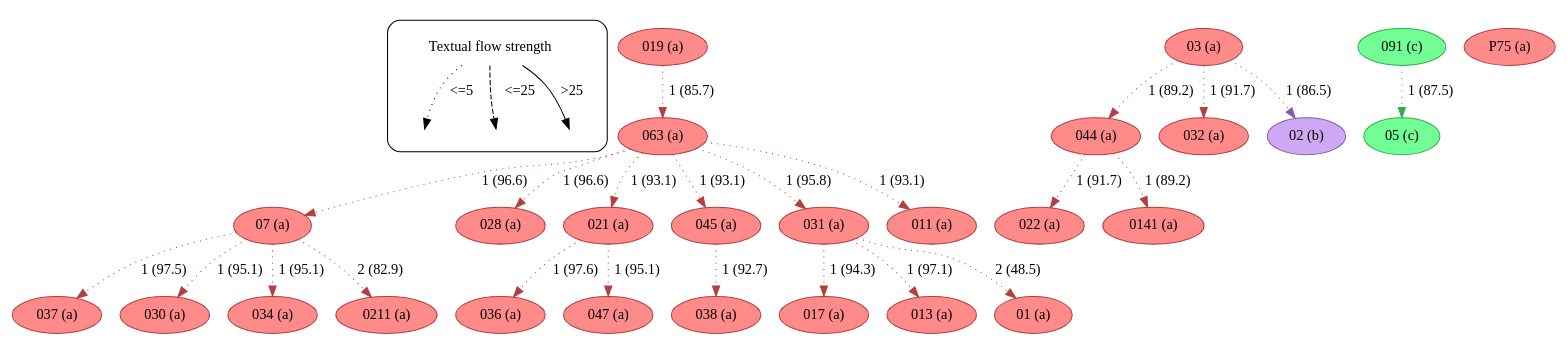
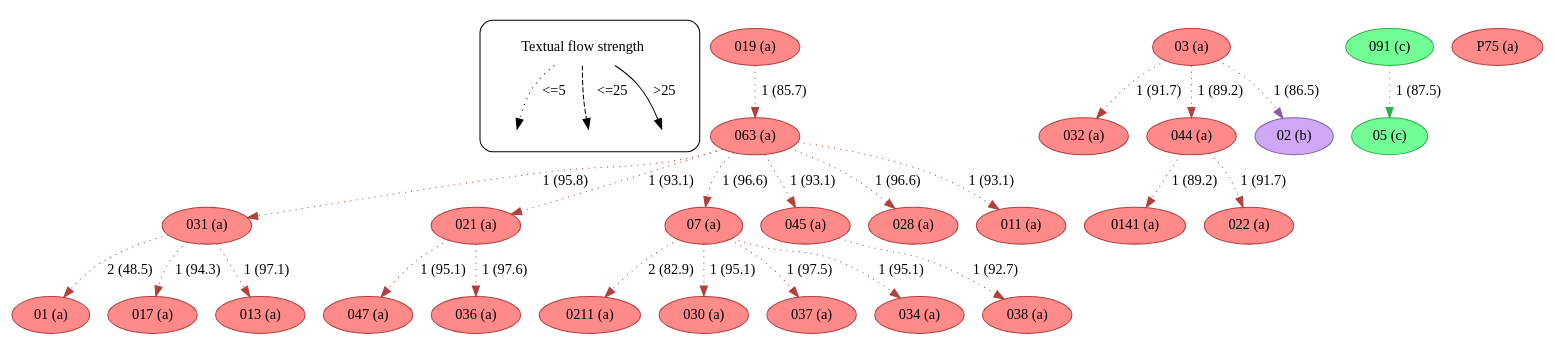
The diagram in example/c2/textual_flow_23_26-30,Fruit_5-6_c2.dot (edmondac/CBGM), drawn with Graphviz before and after one commit. The commit also changed other lines of this file and 164 other files, not shown here.

```diff
--- a/example/c2/textual_flow_23_26-30,Fruit_5-6_c2.dot
+++ b/example/c2/textual_flow_23_26-30,Fruit_5-6_c2.dot
@@ -23,139 +23,16 @@
 		leg_s -> leg_e3		 [label=">25",
 			style=solid];
 	}
-	063	 [color="#b43f3f",
-		fillcolor="#FF8A8A",
-		label="063 (a)",
-		style=filled];
-	07	 [color="#b43f3f",
-		fillcolor="#FF8A8A",
-		label="07 (a)",
-		style=filled];
-	063 -> 07	 [color="#b43f3f",
-		label="1 (96.6)",
-		style=dotted];
-	028	 [color="#b43f3f",
-		fillcolor="#FF8A8A",
-		label="028 (a)",
-		style=filled];
-	063 -> 028	 [color="#b43f3f",
-		label="1 (96.6)",
-		style=dotted];
-	021	 [color="#b43f3f",
-		fillcolor="#FF8A8A",
-		label="021 (a)",
-		style=filled];
-	063 -> 021	 [color="#b43f3f",
-		label="1 (93.1)",
-		style=dotted];
-	045	 [color="#b43f3f",
-		fillcolor="#FF8A8A",
-		label="045 (a)",
-		style=filled];
-	063 -> 045	 [color="#b43f3f",
-		label="1 (93.1)",
-		style=dotted];
 	031	 [color="#b43f3f",
 		fillcolor="#FF8A8A",
 		label="031 (a)",
 		style=filled];
-	063 -> 031	 [color="#b43f3f",
-		label="1 (95.8)",
-		style=dotted];
-	011	 [color="#b43f3f",
+	01	 [color="#b43f3f",
 		fillcolor="#FF8A8A",
-		label="011 (a)",
+		label="01 (a)",
 		style=filled];
-	063 -> 011	 [color="#b43f3f",
-		label="1 (93.1)",
-		style=dotted];
-	037	 [color="#b43f3f",
-		fillcolor="#FF8A8A",
-		label="037 (a)",
-		style=filled];
-	07 -> 037	 [color="#b43f3f",
-		label="1 (97.5)",
-		style=dotted];
-	030	 [color="#b43f3f",
-		fillcolor="#FF8A8A",
-		label="030 (a)",
-		style=filled];
-	07 -> 030	 [color="#b43f3f",
-		label="1 (95.1)",
-		style=dotted];
-	034	 [color="#b43f3f",
-		fillcolor="#FF8A8A",
-		label="034 (a)",
-		style=filled];
-	07 -> 034	 [color="#b43f3f",
-		label="1 (95.1)",
-		style=dotted];
-	0211	 [color="#b43f3f",
-		fillcolor="#FF8A8A",
-		label="0211 (a)",
-		style=filled];
-	07 -> 0211	 [color="#b43f3f",
-		label="2 (82.9)",
-		style=dotted];
-	036	 [color="#b43f3f",
-		fillcolor="#FF8A8A",
-		label="036 (a)",
-		style=filled];
-	021 -> 036	 [color="#b43f3f",
-		label="1 (97.6)",
-		style=dotted];
-	047	 [color="#b43f3f",
-		fillcolor="#FF8A8A",
-		label="047 (a)",
-		style=filled];
-	021 -> 047	 [color="#b43f3f",
-		label="1 (95.1)",
-		style=dotted];
-	03	 [color="#b43f3f",
-		fillcolor="#FF8A8A",
-		label="03 (a)",
-		style=filled];
-	044	 [color="#b43f3f",
-		fillcolor="#FF8A8A",
-		label="044 (a)",
-		style=filled];
-	03 -> 044	 [color="#b43f3f",
-		label="1 (89.2)",
-		style=dotted];
-	032	 [color="#b43f3f",
-		fillcolor="#FF8A8A",
-		label="032 (a)",
-		style=filled];
-	03 -> 032	 [color="#b43f3f",
-		label="1 (91.7)",
-		style=dotted];
-	02	 [color="#835da9",
-		fillcolor="#CEA8F4",
-		label="02 (b)",
-		style=filled];
-	03 -> 02	 [color="#835da9",
-		label="1 (86.5)",
-		style=dotted];
-	022	 [color="#b43f3f",
-		fillcolor="#FF8A8A",
-		label="022 (a)",
-		style=filled];
-	044 -> 022	 [color="#b43f3f",
-		label="1 (91.7)",
-		style=dotted];
-	0141	 [color="#b43f3f",
-		fillcolor="#FF8A8A",
-		label="0141 (a)",
-		style=filled];
-	044 -> 0141	 [color="#b43f3f",
-		label="1 (89.2)",
-		style=dotted];
-	038	 [color="#b43f3f",
-		fillcolor="#FF8A8A",
-		label="038 (a)",
-		style=filled];
-	045 -> 038	 [color="#b43f3f",
-		label="1 (92.7)",
+	031 -> 01	 [color="#b43f3f",
+		label="2 (48.5)",
 		style=dotted];
 	017	 [color="#b43f3f",
 		fillcolor="#FF8A8A",
@@ -171,12 +48,89 @@
 	031 -> 013	 [color="#b43f3f",
 		label="1 (97.1)",
 		style=dotted];
-	01	 [color="#b43f3f",
+	021	 [color="#b43f3f",
 		fillcolor="#FF8A8A",
-		label="01 (a)",
+		label="021 (a)",
 		style=filled];
-	031 -> 01	 [color="#b43f3f",
-		label="2 (48.5)",
+	047	 [color="#b43f3f",
+		fillcolor="#FF8A8A",
+		label="047 (a)",
+		style=filled];
+	021 -> 047	 [color="#b43f3f",
+		label="1 (95.1)",
+		style=dotted];
+	036	 [color="#b43f3f",
+		fillcolor="#FF8A8A",
+		label="036 (a)",
+		style=filled];
+	021 -> 036	 [color="#b43f3f",
+		label="1 (97.6)",
+		style=dotted];
+	063	 [color="#b43f3f",
+		fillcolor="#FF8A8A",
+		label="063 (a)",
+		style=filled];
+	063 -> 031	 [color="#b43f3f",
+		label="1 (95.8)",
+		style=dotted];
+	063 -> 021	 [color="#b43f3f",
+		label="1 (93.1)",
+		style=dotted];
+	07	 [color="#b43f3f",
+		fillcolor="#FF8A8A",
+		label="07 (a)",
+		style=filled];
+	063 -> 07	 [color="#b43f3f",
+		label="1 (96.6)",
+		style=dotted];
+	045	 [color="#b43f3f",
+		fillcolor="#FF8A8A",
+		label="045 (a)",
+		style=filled];
+	063 -> 045	 [color="#b43f3f",
+		label="1 (93.1)",
+		style=dotted];
+	028	 [color="#b43f3f",
+		fillcolor="#FF8A8A",
+		label="028 (a)",
+		style=filled];
+	063 -> 028	 [color="#b43f3f",
+		label="1 (96.6)",
+		style=dotted];
+	011	 [color="#b43f3f",
+		fillcolor="#FF8A8A",
+		label="011 (a)",
+		style=filled];
+	063 -> 011	 [color="#b43f3f",
+		label="1 (93.1)",
+		style=dotted];
+	0211	 [color="#b43f3f",
+		fillcolor="#FF8A8A",
+		label="0211 (a)",
+		style=filled];
+	07 -> 0211	 [color="#b43f3f",
+		label="2 (82.9)",
+		style=dotted];
+	030	 [color="#b43f3f",
+		fillcolor="#FF8A8A",
+		label="030 (a)",
+		style=filled];
+	07 -> 030	 [color="#b43f3f",
+		label="1 (95.1)",
+		style=dotted];
+	037	 [color="#b43f3f",
+		fillcolor="#FF8A8A",
+		label="037 (a)",
+		style=filled];
+	07 -> 037	 [color="#b43f3f",
+		label="1 (97.5)",
+		style=dotted];
+	034	 [color="#b43f3f",
+		fillcolor="#FF8A8A",
+		label="034 (a)",
+		style=filled];
+	07 -> 034	 [color="#b43f3f",
+		label="1 (95.1)",
 		style=dotted];
 	019	 [color="#b43f3f",
 		fillcolor="#FF8A8A",
@@ -184,6 +138,52 @@
 		style=filled];
 	019 -> 063	 [color="#b43f3f",
 		label="1 (85.7)",
+		style=dotted];
+	03	 [color="#b43f3f",
+		fillcolor="#FF8A8A",
+		label="03 (a)",
+		style=filled];
+	032	 [color="#b43f3f",
+		fillcolor="#FF8A8A",
+		label="032 (a)",
+		style=filled];
+	03 -> 032	 [color="#b43f3f",
+		label="1 (91.7)",
+		style=dotted];
+	044	 [color="#b43f3f",
+		fillcolor="#FF8A8A",
+		label="044 (a)",
+		style=filled];
+	03 -> 044	 [color="#b43f3f",
+		label="1 (89.2)",
+		style=dotted];
+	02	 [color="#835da9",
+		fillcolor="#CEA8F4",
+		label="02 (b)",
+		style=filled];
+	03 -> 02	 [color="#835da9",
+		label="1 (86.5)",
+		style=dotted];
+	038	 [color="#b43f3f",
+		fillcolor="#FF8A8A",
+		label="038 (a)",
+		style=filled];
+	045 -> 038	 [color="#b43f3f",
+		label="1 (92.7)",
+		style=dotted];
+	0141	 [color="#b43f3f",
+		fillcolor="#FF8A8A",
+		label="0141 (a)",
+		style=filled];
+	044 -> 0141	 [color="#b43f3f",
+		label="1 (89.2)",
+		style=dotted];
+	022	 [color="#b43f3f",
+		fillcolor="#FF8A8A",
+		label="022 (a)",
+		style=filled];
+	044 -> 022	 [color="#b43f3f",
+		label="1 (91.7)",
 		style=dotted];
 	091	 [color="#27b34a",
 		fillcolor="#72FE95",
```
